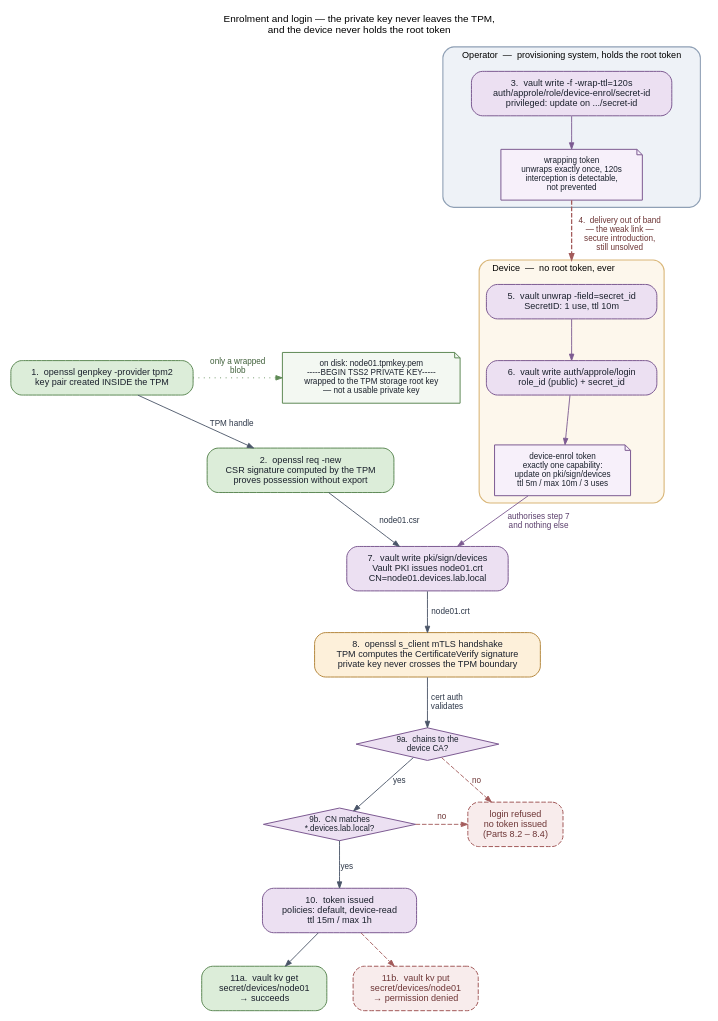
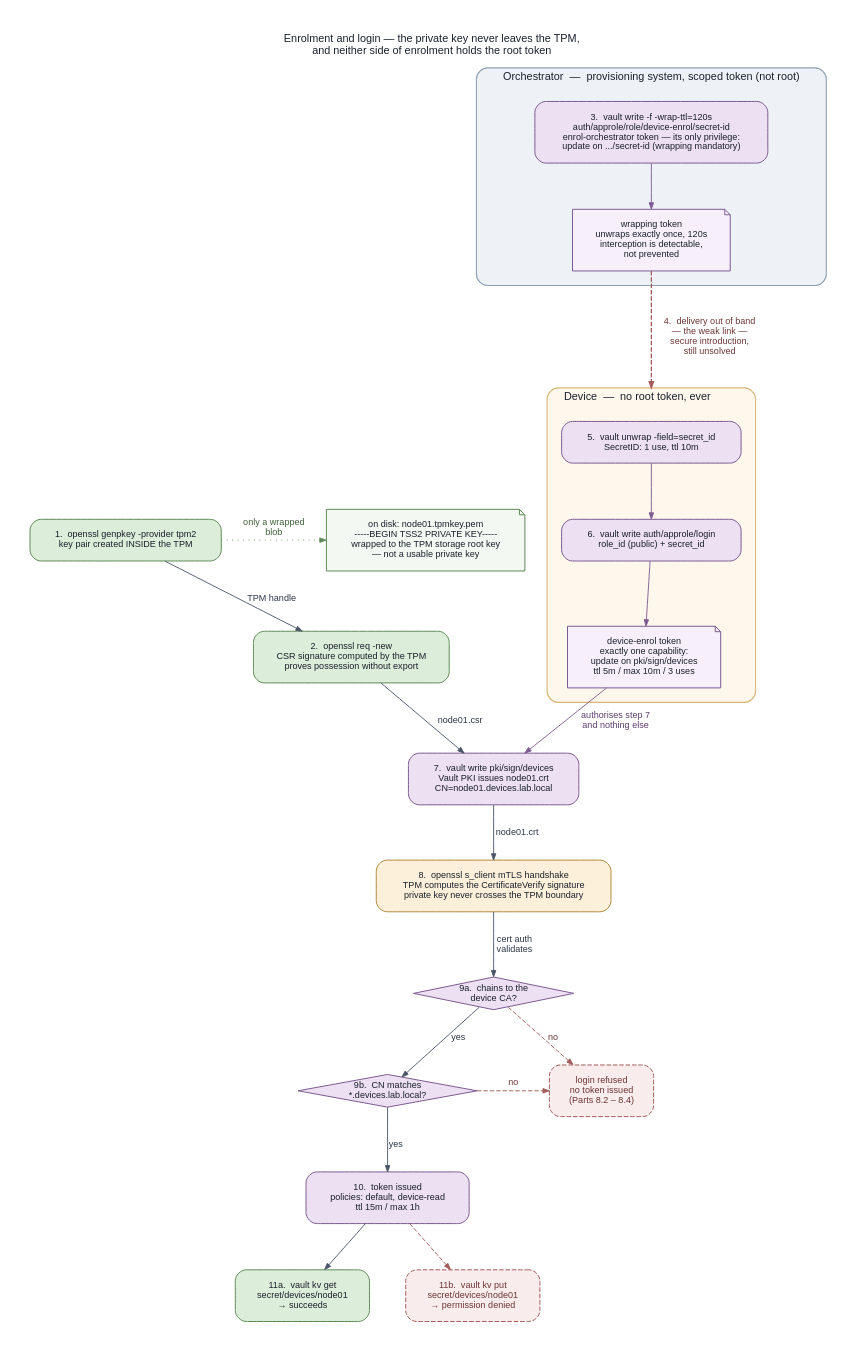
Before and after one commit to nhsy-hcp/multipass-vault-tpm: the diagram in docs/diagrams/enrolment.dot, drawn with Graphviz. The commit also changed 7 other files, not shown here.

First line of the commit message:
feat: mint enrolment secretids with a scoped orchestrator, not the root token

```diff
--- a/docs/diagrams/enrolment.dot
+++ b/docs/diagrams/enrolment.dot
@@ -7,12 +7,14 @@
   bgcolor="white";
   compound=true;
   splines=spline;
-  nodesep=0.40;
-  ranksep=0.50;
+  nodesep=0.55;
+  ranksep=0.70;
+  pad=0.35;
   fontname="Helvetica";
-  fontsize=11;
+  fontsize=12;
+  fontcolor="#1a202c";
   labelloc="t";
-  label="Enrolment and login — the private key never leaves the TPM,\nand the device never holds the root token";
+  label="Enrolment and login — the private key never leaves the TPM,\nand neither side of enrolment holds the root token";
 
   node [
     shape=box,
@@ -23,12 +25,12 @@
     fillcolor="#f7fafc",
     fontcolor="#1a202c",
     penwidth=1.1,
-    margin="0.20,0.11"
+    margin="0.26,0.16"
   ];
 
   edge [
     fontname="Helvetica",
-    fontsize=9,
+    fontsize=10,
     color="#4a5568",
     fontcolor="#2d3748",
     penwidth=1.0,
@@ -48,7 +50,7 @@
     style="filled",
     fillcolor="#f3f8f2",
     color="#5f8a57",
-    fontsize=9
+    fontsize=10
   ];
 
   // ------------------------------------------------------------------- 2. CSR
@@ -58,18 +60,20 @@
     color="#5f8a57"
   ];
 
-  // ------------------------------------------- 3. operator mints the credential
-  subgraph cluster_operator {
-    label="Operator  —  provisioning system, holds the root token";
+  // --------------------------------------- 3. orchestrator mints the credential
+  subgraph cluster_orchestrator {
+    label="Orchestrator  —  provisioning system, scoped token (not root)";
     labeljust="l";
-    fontsize=10;
+    fontsize=12;
+    fontcolor="#1a202c";
+    margin=16;
     style="rounded,filled";
     fillcolor="#eef2f7";
     color="#8fa0b5";
     penwidth=1.2;
 
     s3 [
-      label="3.  vault write -f -wrap-ttl=120s\nauth/approle/role/device-enrol/secret-id\nprivileged: update on .../secret-id",
+      label="3.  vault write -f -wrap-ttl=120s\nauth/approle/role/device-enrol/secret-id\nenrol-orchestrator token — its only privilege:\nupdate on .../secret-id (wrapping mandatory)",
       fillcolor="#ece0f2",
       color="#7d5b92"
     ];
@@ -80,7 +84,7 @@
       style="filled",
       fillcolor="#f7f0fa",
       color="#7d5b92",
-      fontsize=9
+      fontsize=10
     ];
 
     s3 -> wrap [color="#7d5b92"];
@@ -90,7 +94,9 @@
   subgraph cluster_device {
     label="Device  —  no root token, ever";
     labeljust="l";
-    fontsize=10;
+    fontsize=12;
+    fontcolor="#1a202c";
+    margin=16;
     style="rounded,filled";
     fillcolor="#fdf7ec";
     color="#d9b678";
@@ -114,7 +120,7 @@
       style="filled",
       fillcolor="#f7f0fa",
       color="#7d5b92",
-      fontsize=9
+      fontsize=10
     ];
 
     s5 -> s6 [color="#7d5b92"];
@@ -142,7 +148,7 @@
     style="filled",
     fillcolor="#ece0f2",
     color="#7d5b92",
-    fontsize=9,
+    fontsize=10,
     margin="0.05,0.02"
   ];
 
@@ -152,7 +158,7 @@
     style="filled",
     fillcolor="#ece0f2",
     color="#7d5b92",
-    fontsize=9,
+    fontsize=10,
     margin="0.05,0.02"
   ];
 
@@ -193,7 +199,11 @@
   // the weak link: the wrapping token still has to reach the device somehow
   wrap -> s5 [
     lhead=cluster_device,
-    label="4.  delivery out of band\n— the weak link —\nsecure introduction,\nstill unsolved",
+    # This edge crosses a cluster boundary, so its label lands where the dashed
+    # line and the Device cluster's border both are. minlen buys vertical room
+    # and the leading spaces push the text clear of the line itself.
+    label="   4.  delivery out of band\n   — the weak link —\n   secure introduction,\n   still unsolved",
+    minlen=2,
     style=dashed,
     penwidth=1.4,
     color="#a35b5b",
```
